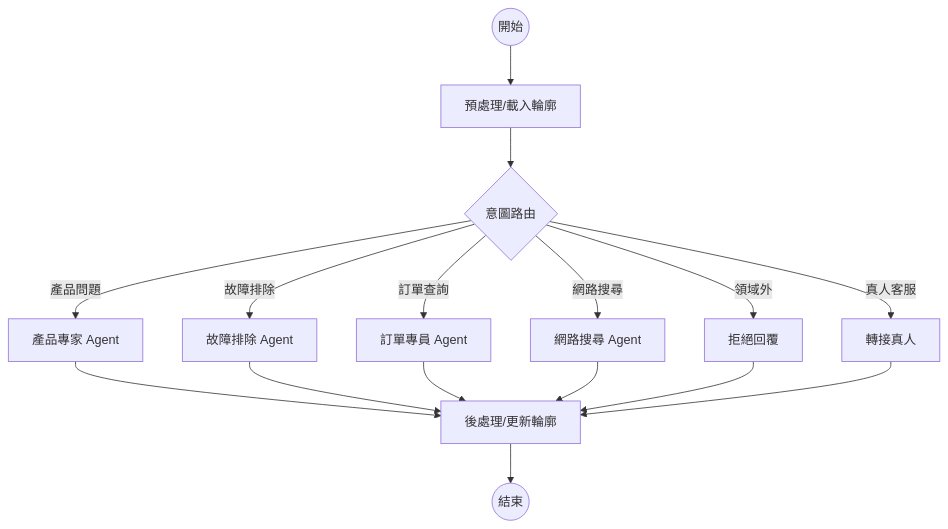
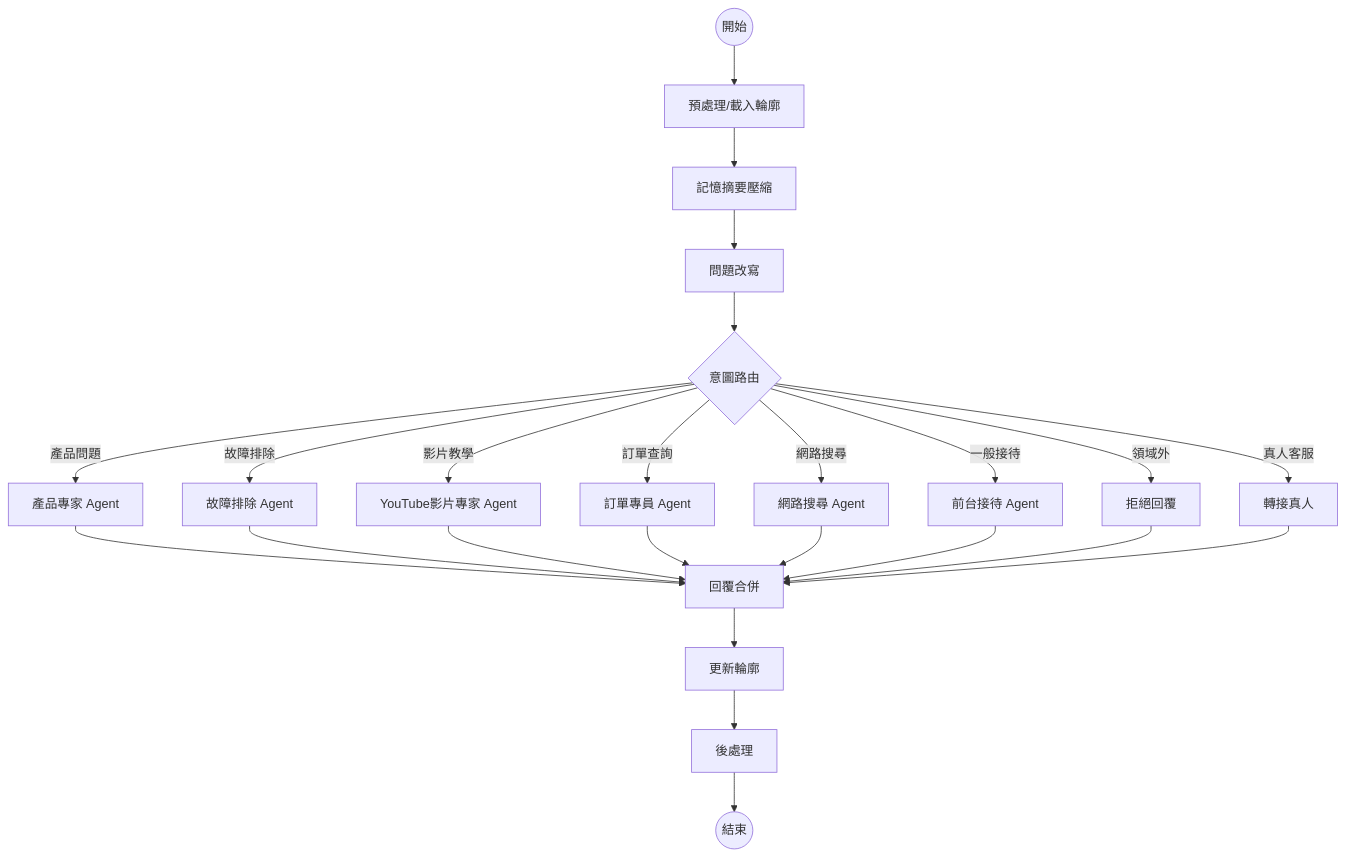
Before and after one commit to Imding1211/lock_AI_Agent: the diagram in GEMINI.md, drawn with Mermaid. The commit also changed other lines of this file and 6 other files, not shown here.

First line of the commit message:
docs: 更新系統文件反映 Receptionist Agent、Agentic RAG 與 MMR 三大架構升級

````diff
--- a/GEMINI.md
+++ b/GEMINI.md
@@ -19,21 +22,29 @@
 ```mermaid
 graph TD
     START((開始)) --> pre_process[預處理/載入輪廓]
-    pre_process --> router{意圖路由}
-    
+    pre_process --> manage_memory[記憶摘要壓縮]
+    manage_memory --> rewrite_query[問題改寫]
+    rewrite_query --> router{意圖路由}
+
     router -- 產品問題 --> product_expert[產品專家 Agent]
     router -- 故障排除 --> troubleshooter[故障排除 Agent]
+    router -- 影片教學 --> youtuber[YouTube影片專家 Agent]
     router -- 訂單查詢 --> order_clerk[訂單專員 Agent]
     router -- 網路搜尋 --> web_researcher[網路搜尋 Agent]
+    router -- 一般接待 --> receptionist[前台接待 Agent]
     router -- 領域外 --> out_of_domain[拒絕回覆]
     router -- 真人客服 --> transfer_human[轉接真人]
-    
-    product_expert --> post_process[後處理/更新輪廓]
-    troubleshooter --> post_process
-    order_clerk --> post_process
-    web_researcher --> post_process
-    out_of_domain --> post_process
-    transfer_human --> post_process
-    
+
+    product_expert --> merge_answers[回覆合併]
+    troubleshooter --> merge_answers
+    youtuber --> merge_answers
+    order_clerk --> merge_answers
+    web_researcher --> merge_answers
+    receptionist --> merge_answers
+    out_of_domain --> merge_answers
+    transfer_human --> merge_answers
+
+    merge_answers --> update_profile[更新輪廓]
+    update_profile --> post_process[後處理]
     post_process --> END((結束))
 ```
````
